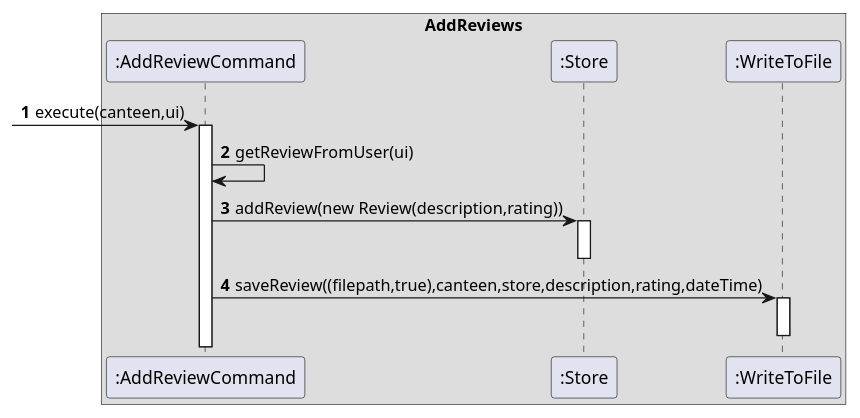
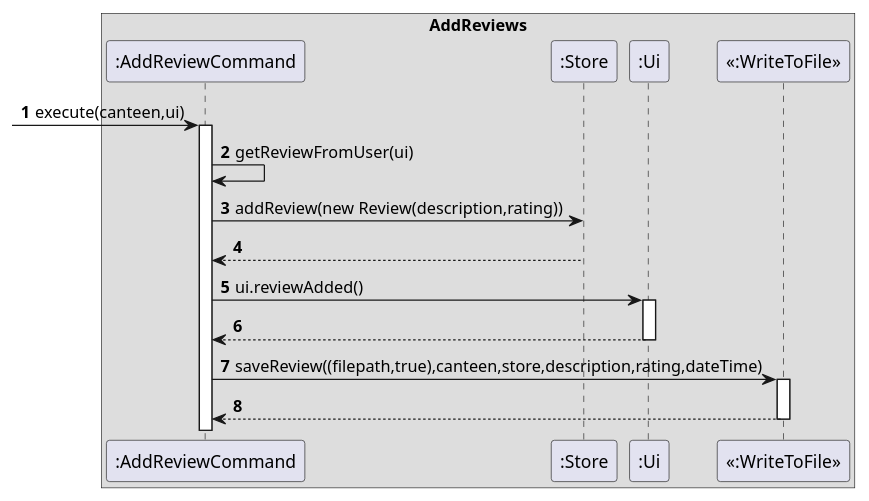
Before and after one commit to nus-cs2113-AY2021S2/tp: the diagram in docs/PlantUML/AddReviews.puml, drawn with PlantUML. The commit also changed 6 other files, not shown here.

```diff
--- a/docs/PlantUML/AddReviews.puml
+++ b/docs/PlantUML/AddReviews.puml
@@ -1,16 +1,29 @@
 @startuml
 'https://plantuml.com/sequence-diagram
 
 autonumber
 box AddReviews
 
 -> ":AddReviewCommand" : execute(canteen,ui)
 activate ":AddReviewCommand"
+
+
 ":AddReviewCommand" -> ":AddReviewCommand" : getReviewFromUser(ui)
+
+
 ":AddReviewCommand" -> ":Store" : addReview(new Review(description,rating))
-activate ":Store"
+
+":Store" --> ":AddReviewCommand"
 deactivate ":Store"
-":AddReviewCommand" -> ":WriteToFile" : saveReview((filepath,true),canteen,store,description,rating,dateTime)
-activate ":WriteToFile"
-deactivate ":WriteToFile"
+
+
+":AddReviewCommand" -> ":Ui" : ui.reviewAdded()
+activate ":Ui"
+":Ui" --> ":AddReviewCommand"
+deactivate ":Ui"
+
+":AddReviewCommand" -> "<<:WriteToFile>>" : saveReview((filepath,true),canteen,store,description,rating,dateTime)
+activate "<<:WriteToFile>>"
+"<<:WriteToFile>>" --> ":AddReviewCommand"
+deactivate "<<:WriteToFile>>"
 @enduml
```
